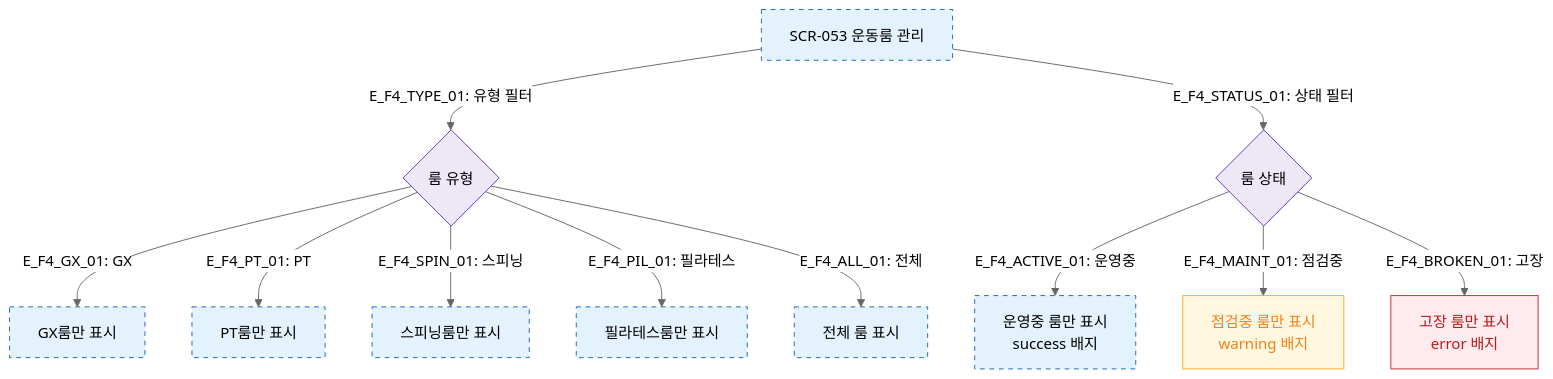
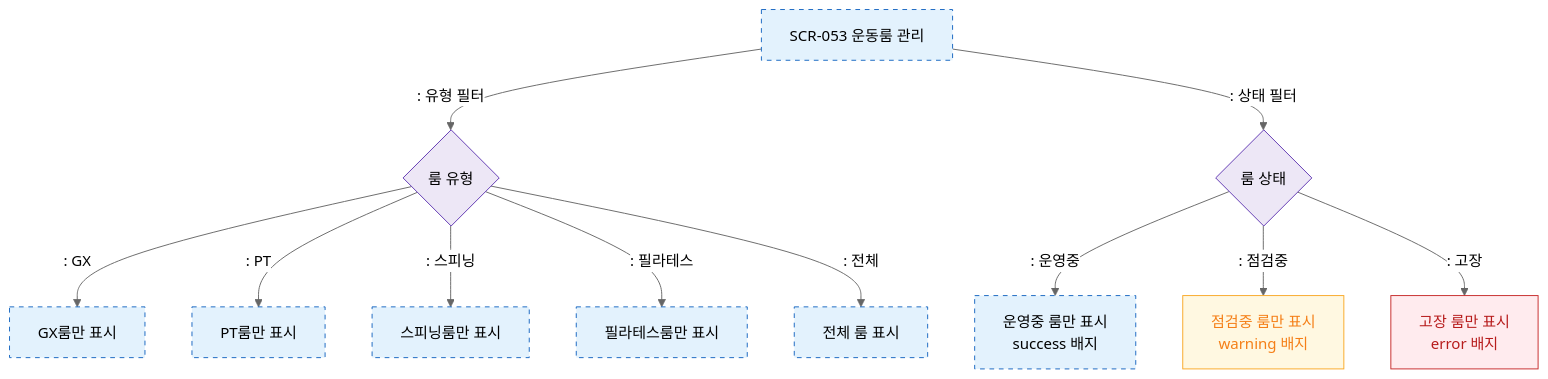
The diagram in docs/다이어그램/D06_시설관리/SCR-053_운동룸관리/F4_필터검색.md (dev-spogym/admin-pando), drawn with Mermaid (neutral theme) before and after one commit. The commit also changed other lines of this file and 1660 other files, not shown here.

First line of the commit message:
다이어그램: 기획자/클라이언트 납품본으로 정리

````diff
--- a/docs/다이어그램/D06_시설관리/SCR-053_운동룸관리/F4_필터검색.md
+++ b/docs/다이어그램/D06_시설관리/SCR-053_운동룸관리/F4_필터검색.md
@@ -16,25 +14,25 @@
 ```mermaid
 flowchart TD
     SCR_053[SCR-053 운동룸 관리]
 
-    SCR_053 -->|"E_F4_TYPE_01: 유형 필터"| TypeFilter{룸 유형}
-    TypeFilter -->|"E_F4_GX_01: GX"| GXList[GX룸만 표시]
-    TypeFilter -->|"E_F4_PT_01: PT"| PTList[PT룸만 표시]
-    TypeFilter -->|"E_F4_SPIN_01: 스피닝"| SpinList[스피닝룸만 표시]
-    TypeFilter -->|"E_F4_PIL_01: 필라테스"| PilList[필라테스룸만 표시]
-    TypeFilter -->|"E_F4_ALL_01: 전체"| AllList[전체 룸 표시]
+    SCR_053 -->|": 유형 필터"|TypeFilter{룸 유형}
+    TypeFilter -->|": GX"|GXList[GX룸만 표시]
+    TypeFilter -->|": PT"|PTList[PT룸만 표시]
+    TypeFilter -->|": 스피닝"|SpinList[스피닝룸만 표시]
+    TypeFilter -->|": 필라테스"|PilList[필라테스룸만 표시]
+    TypeFilter -->|": 전체"|AllList[전체 룸 표시]
 
-    SCR_053 -->|"E_F4_STATUS_01: 상태 필터"| StatusFilter{룸 상태}
-    StatusFilter -->|"E_F4_ACTIVE_01: 운영중"| ActiveList[운영중 룸만 표시\nsuccess 배지]
-    StatusFilter -->|"E_F4_MAINT_01: 점검중"| MaintList[점검중 룸만 표시\nwarning 배지]
-    StatusFilter -->|"E_F4_BROKEN_01: 고장"| BrokenList[고장 룸만 표시\nerror 배지]
+    SCR_053 -->|": 상태 필터"|StatusFilter{룸 상태}
+    StatusFilter -->|": 운영중"|ActiveList[운영중 룸만 표시\nsuccess 배지]
+    StatusFilter -->|": 점검중"|MaintList[점검중 룸만 표시\nwarning 배지]
+    StatusFilter -->|": 고장"|BrokenList[고장 룸만 표시\nerror 배지]
 
     classDef screen fill:#E3F2FD,stroke:#1565C0,stroke-dasharray:5 5
     classDef warning fill:#FFF8E1,stroke:#F9A825,color:#F57F17
     classDef error fill:#FFEBEE,stroke:#C62828,color:#B71C1C
     classDef system fill:#EDE7F6,stroke:#5E35B2
     class SCR_053,GXList,PTList,SpinList,PilList,AllList,ActiveList screen
     class MaintList warning
     class BrokenList error
     class TypeFilter,StatusFilter system
 ```
````
